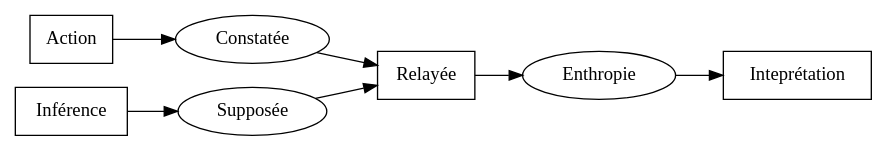
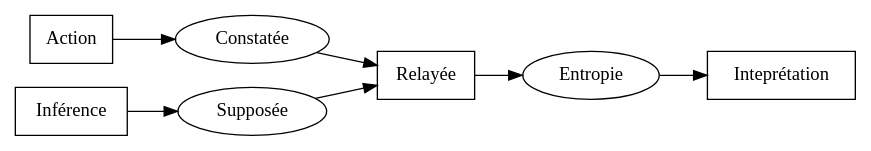
The diagram in images/dot/action-evoquee.dot (xvw/old_blog), drawn with Graphviz before and after one commit. The commit also changed 11 other files, not shown here.

```diff
--- a/images/dot/action-evoquee.dot
+++ b/images/dot/action-evoquee.dot
@@ -1,16 +1,16 @@
 digraph G {
  rankdir = "LR";
  A [shape="rect", label="Action"];
  B [shape="rect", label="Inférence"];
  C [label = "Constatée"];
  D [label = "Supposée"];
  A -> C;
  B -> D;
  E [label = "Relayée", shape="rect"];
  C -> E;
  D -> E;
- F [label = "Enthropie"];
+ F [label = "Entropie"];
  E -> F;
  G [shape="rect", label = "Inteprétation"];
  F -> G;
 }
```
